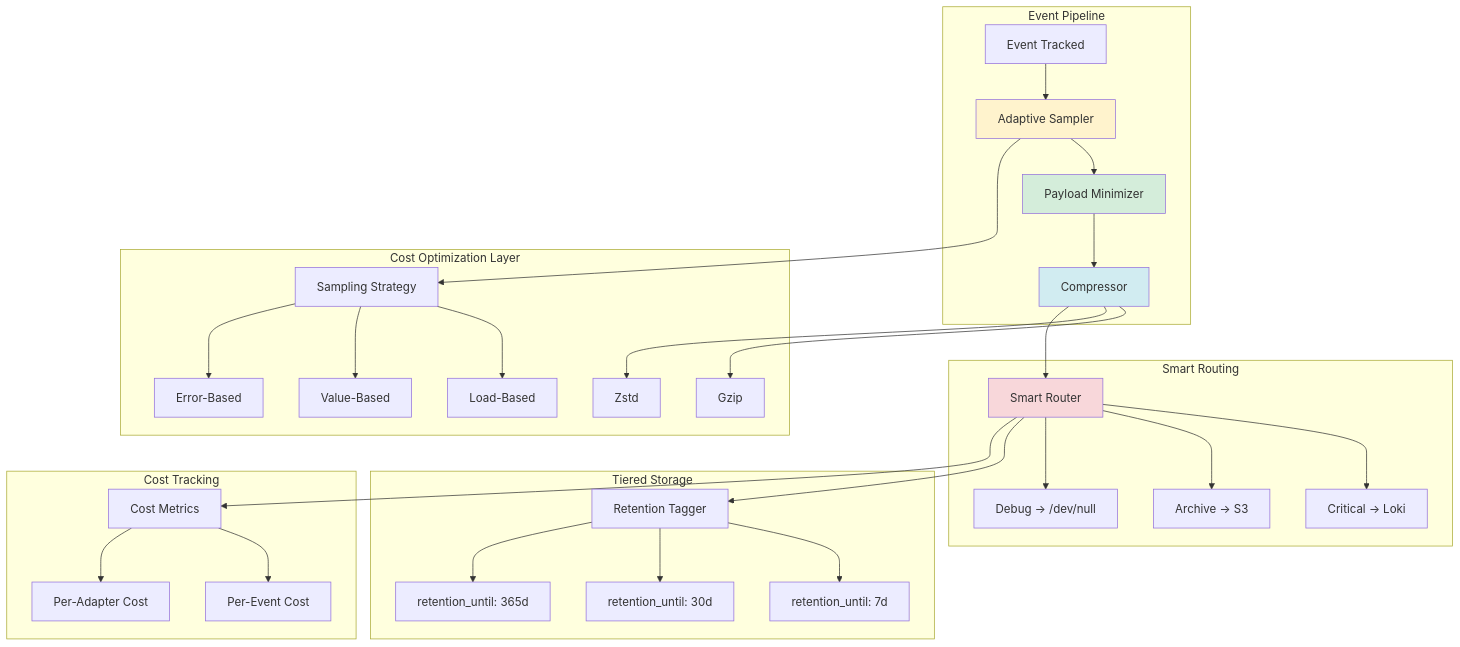
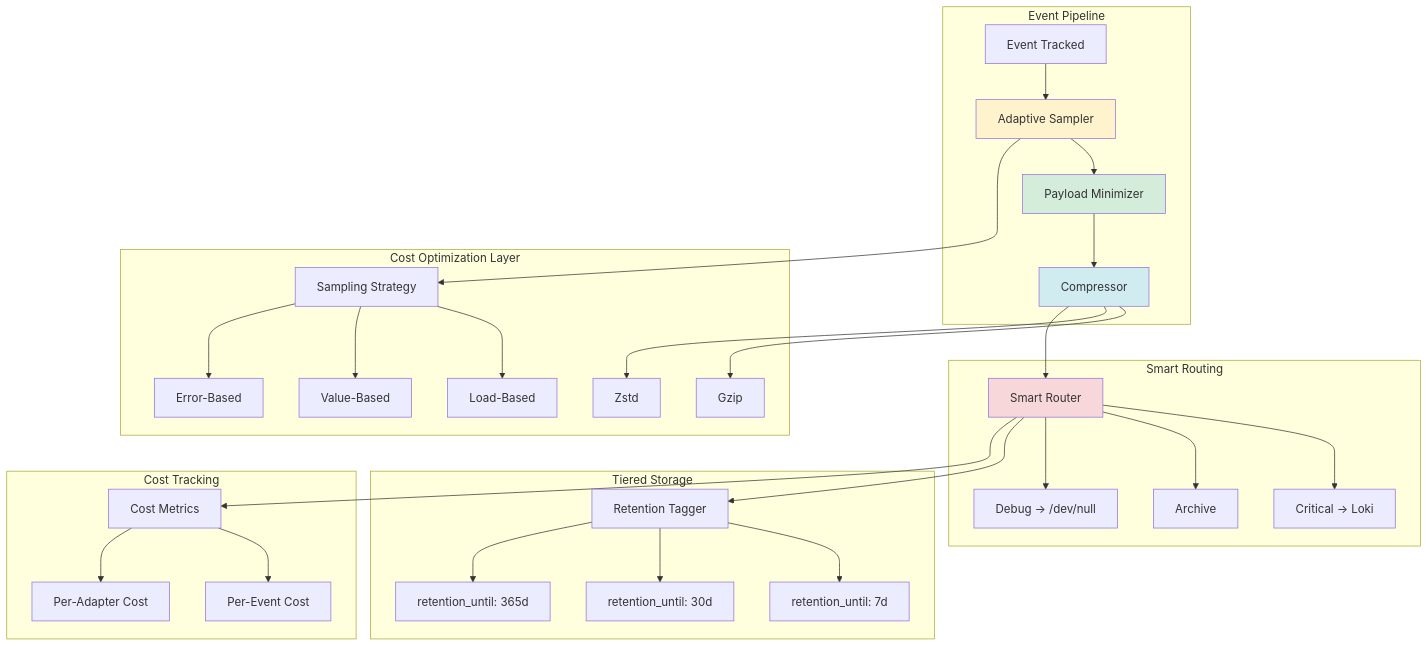
The second of 3 diagrams in docs/ADR-009-cost-optimization.md (arturseletskiy/e11y), drawn with Mermaid before and after one commit. The commit also changed other lines of this file and 515 other files, not shown here.

````diff
--- a/docs/ADR-009-cost-optimization.md
+++ b/docs/ADR-009-cost-optimization.md
@@ -355,43 +355,43 @@
 ```mermaid
 graph TB
     subgraph "Event Pipeline"
         Event[Event Tracked] --> Sampler[Adaptive Sampler]
         Sampler --> Minimizer[Payload Minimizer]
         Minimizer --> Compressor[Compressor]
     end
     
     subgraph "Cost Optimization Layer"
         Sampler --> SampleStrategy[Sampling Strategy]
         SampleStrategy --> LoadBased[Load-Based]
         SampleStrategy --> ValueBased[Value-Based]
         SampleStrategy --> ErrorBased[Error-Based]
         
         Compressor --> GzipEngine[Gzip]
         Compressor --> ZstdEngine[Zstd]
     end
     
     subgraph "Smart Routing"
         Compressor --> Router[Smart Router]
         Router --> CriticalPath[Critical → Loki]
-        Router --> ArchivePath[Archive → S3]
+        Router --> ArchivePath[Archive]
         Router --> DebugPath[Debug → /dev/null]
     end
     
     subgraph "Tiered Storage"
         Router --> RetentionTagger[Retention Tagger]
         RetentionTagger --> ShortTerm[retention_until: 7d]
         RetentionTagger --> MediumTerm[retention_until: 30d]
         RetentionTagger --> LongTerm[retention_until: 365d]
     end
     
     subgraph "Cost Tracking"
         Router --> CostMetrics[Cost Metrics]
         CostMetrics --> EventCost[Per-Event Cost]
         CostMetrics --> AdapterCost[Per-Adapter Cost]
     end
     
     style Sampler fill:#fff3cd
     style Compressor fill:#d1ecf1
     style Router fill:#f8d7da
     style Minimizer fill:#d4edda
 ```
````
